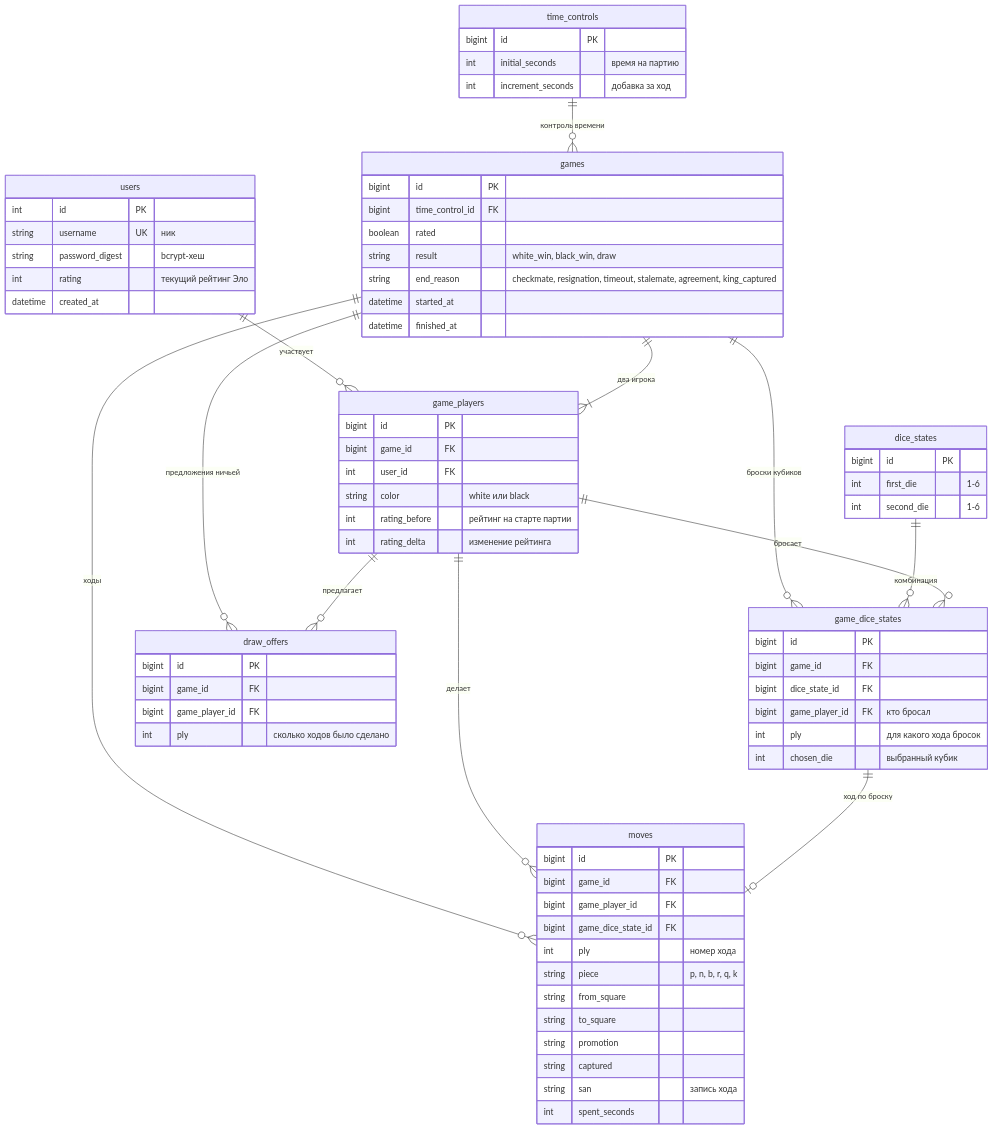
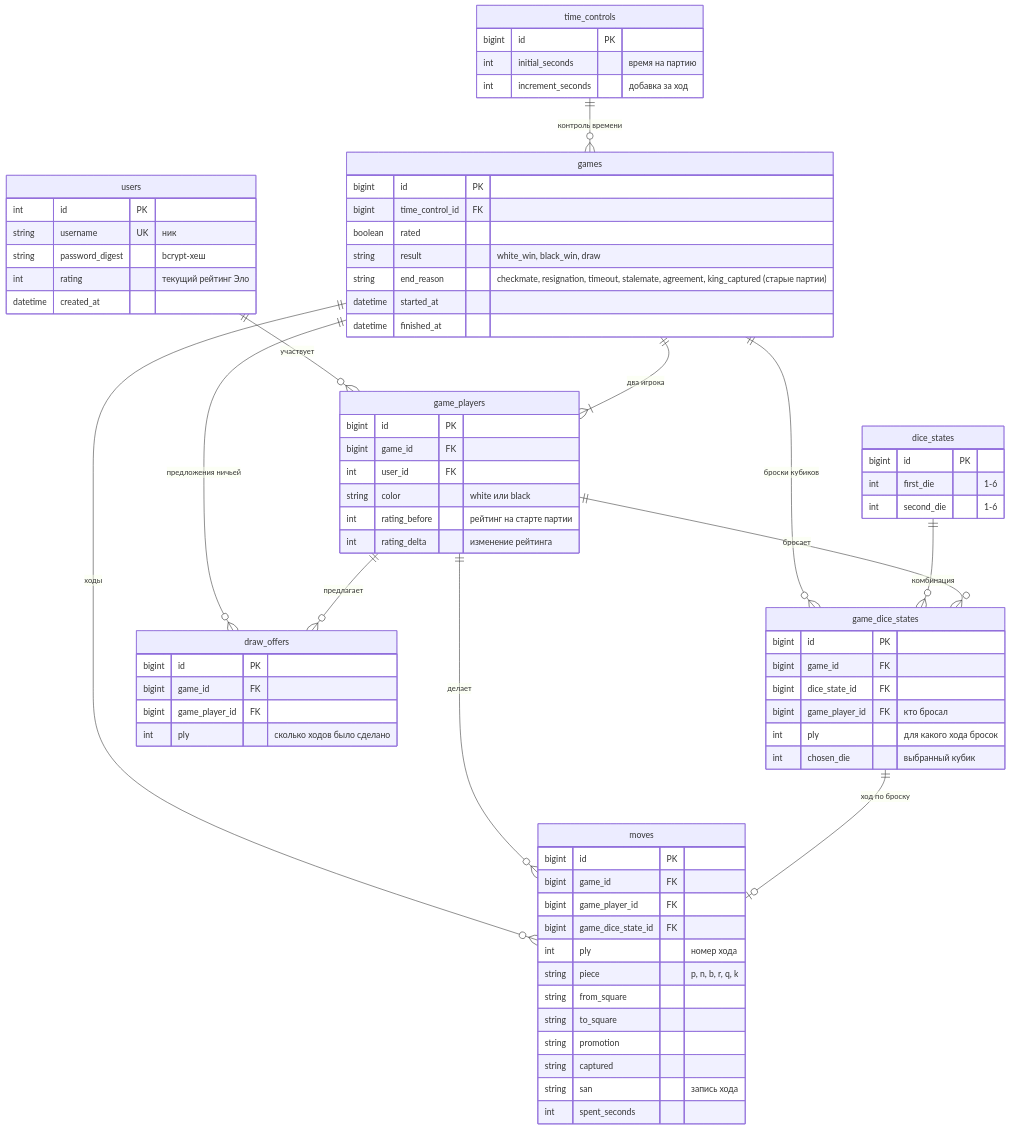
Before and after one commit to Pashaken/webdev27: the diagram in docs/database.md, drawn with Mermaid. The commit also changed other lines of this file and 19 other files, not shown here.

```diff
--- a/docs/database.md
+++ b/docs/database.md
@@ -37,7 +37,7 @@
         bigint time_control_id FK
         boolean rated
         string result "white_win, black_win, draw"
-        string end_reason "checkmate, resignation, timeout, stalemate, agreement, king_captured"
+        string end_reason "checkmate, resignation, timeout, stalemate, agreement, king_captured (старые партии)"
         datetime started_at
         datetime finished_at
     }
```
